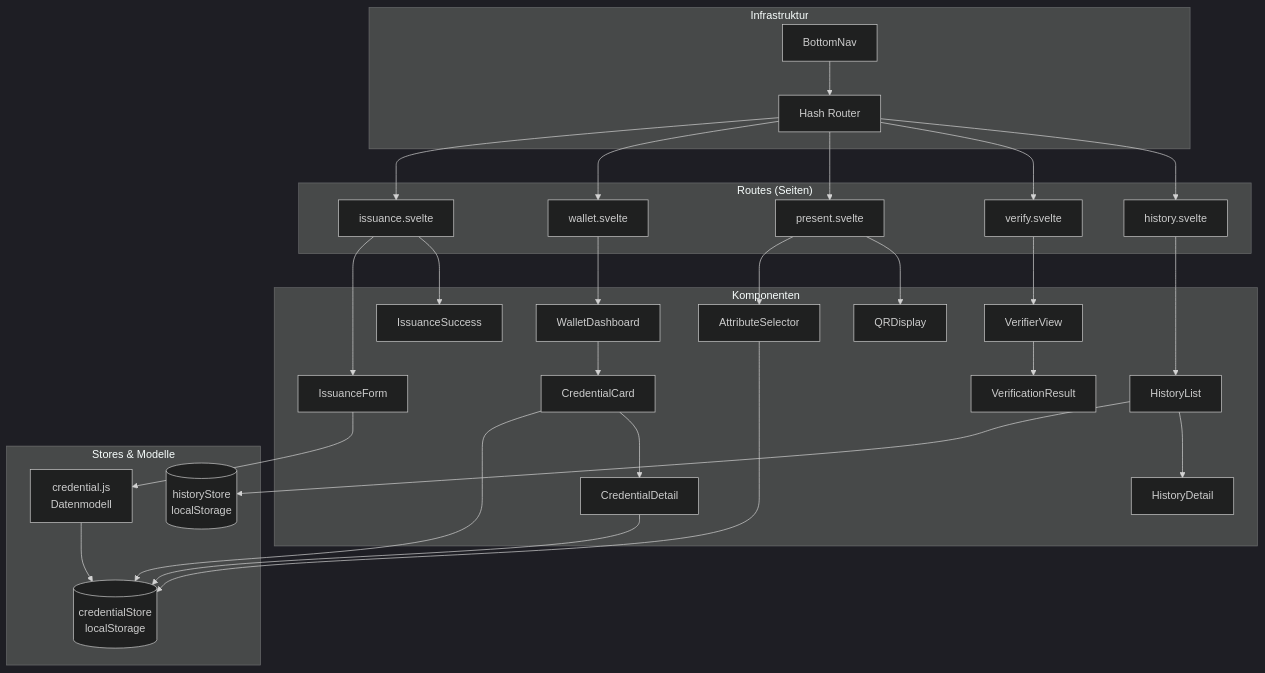
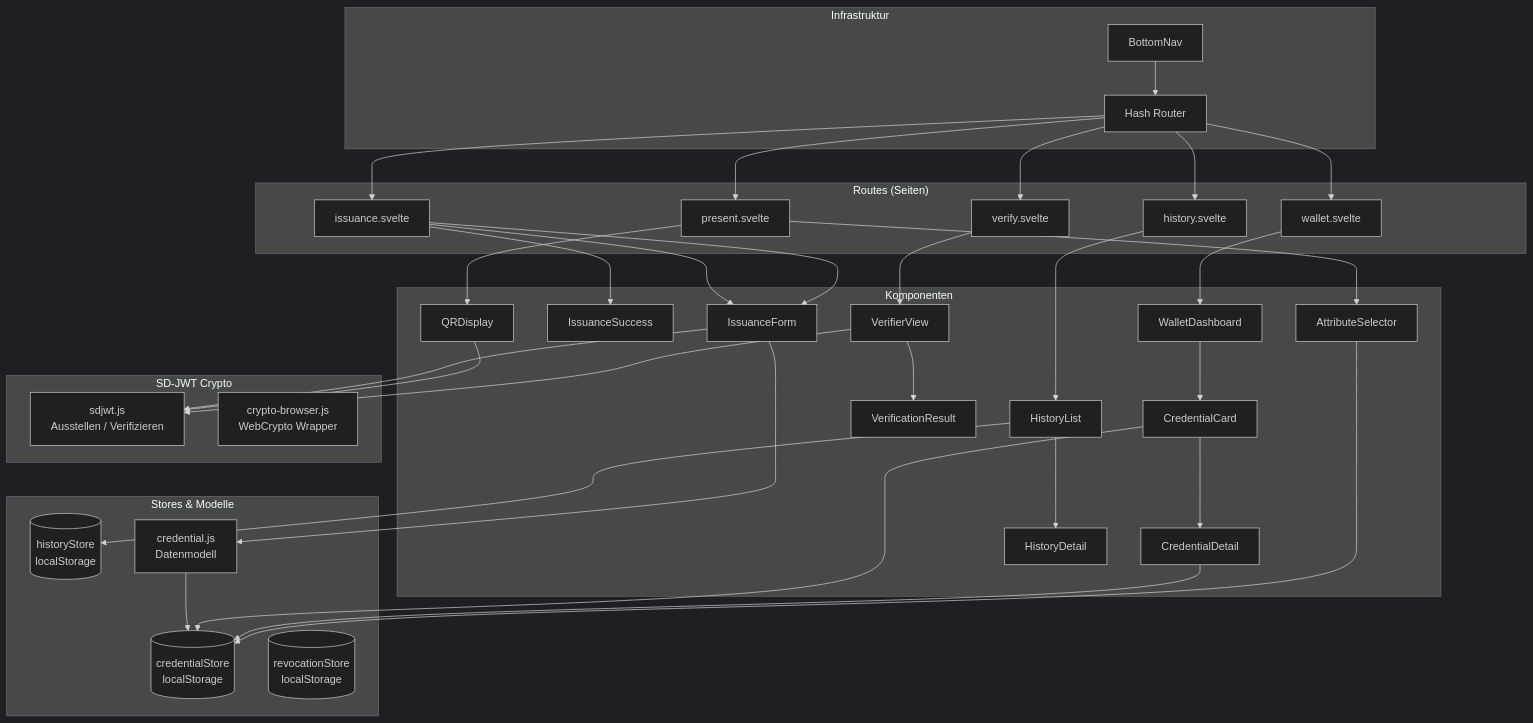
The second of 3 diagrams in README.de.md (NiKrause/eidas-wallet-demo), drawn with Mermaid (dark theme) before and after one commit. The commit also changed other lines of this file and 1 other file, not shown here.

First line of the commit message:
README: SD-JWT + Server nicht mehr ‚purely client-side‘

````diff
--- a/README.de.md
+++ b/README.de.md
@@ -39,43 +39,51 @@
 ```mermaid
 graph TD
     subgraph "Routes (Seiten)"
         ISS[issuance.svelte]
         WAL[wallet.svelte]
         PRE[present.svelte]
         VER[verify.svelte]
         HIS[history.svelte]
     end
     subgraph "Komponenten"
         IF[IssuanceForm]
         IS[IssuanceSuccess]
         WD[WalletDashboard]
         CC[CredentialCard]
         CD[CredentialDetail]
         AS[AttributeSelector]
         QD[QRDisplay]
         VV[VerifierView]
         VR[VerificationResult]
         HL[HistoryList]
         HD[HistoryDetail]
     end
+    subgraph "SD-JWT Crypto"
+        SJ[sdjwt.js<br/>Ausstellen / Verifizieren]
+        CB[crypto-browser.js<br/>WebCrypto Wrapper]
+    end
     subgraph "Stores & Modelle"
         CS[(credentialStore<br/>localStorage)]
         HS[(historyStore<br/>localStorage)]
+        RS[(revocationStore<br/>localStorage)]
         CM[credential.js<br/>Datenmodell]
     end
     subgraph "Infrastruktur"
         RT[Hash Router]
         BN[BottomNav]
     end
     ISS --> IF --> CM --> CS
+    ISS --> IF --> SJ
     ISS --> IS
     WAL --> WD --> CC --> CS
     CC --> CD --> CS
     PRE --> AS --> CS
     PRE --> QD
+    QD --> SJ
     VER --> VV --> VR
+    VV --> SJ
     HIS --> HL --> HS
     HL --> HD
     RT --> ISS & WAL & PRE & VER & HIS
     BN --> RT
 ```
````
